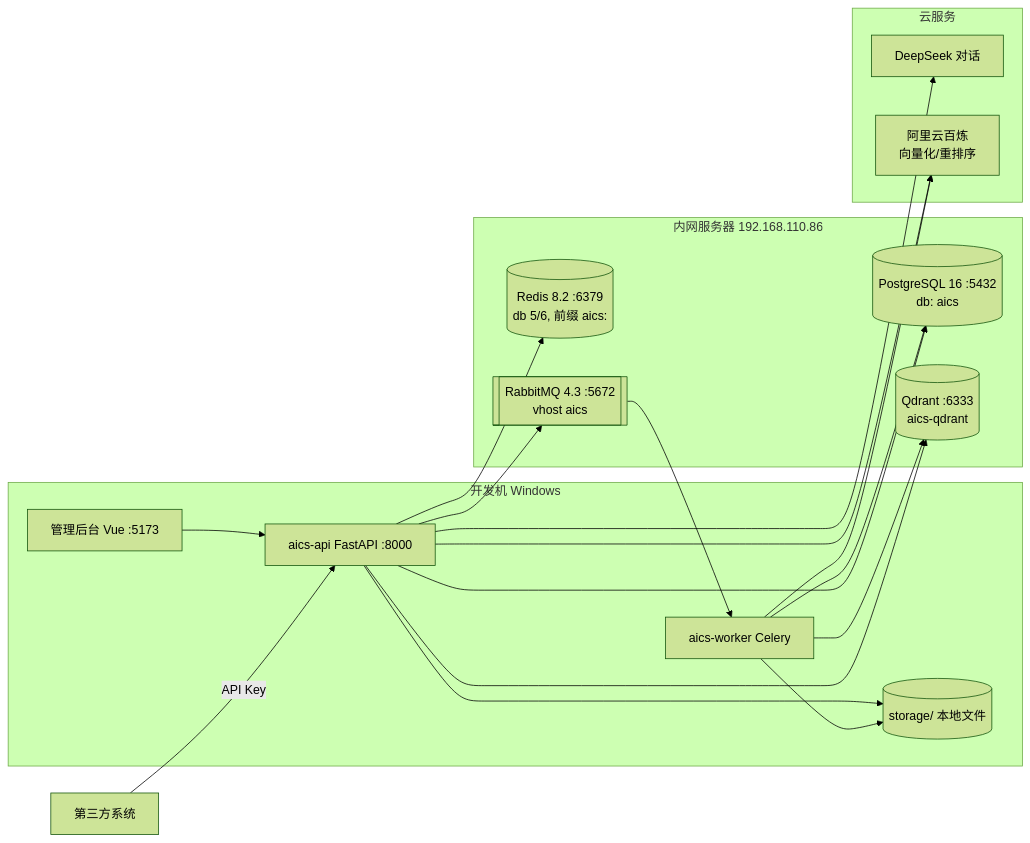
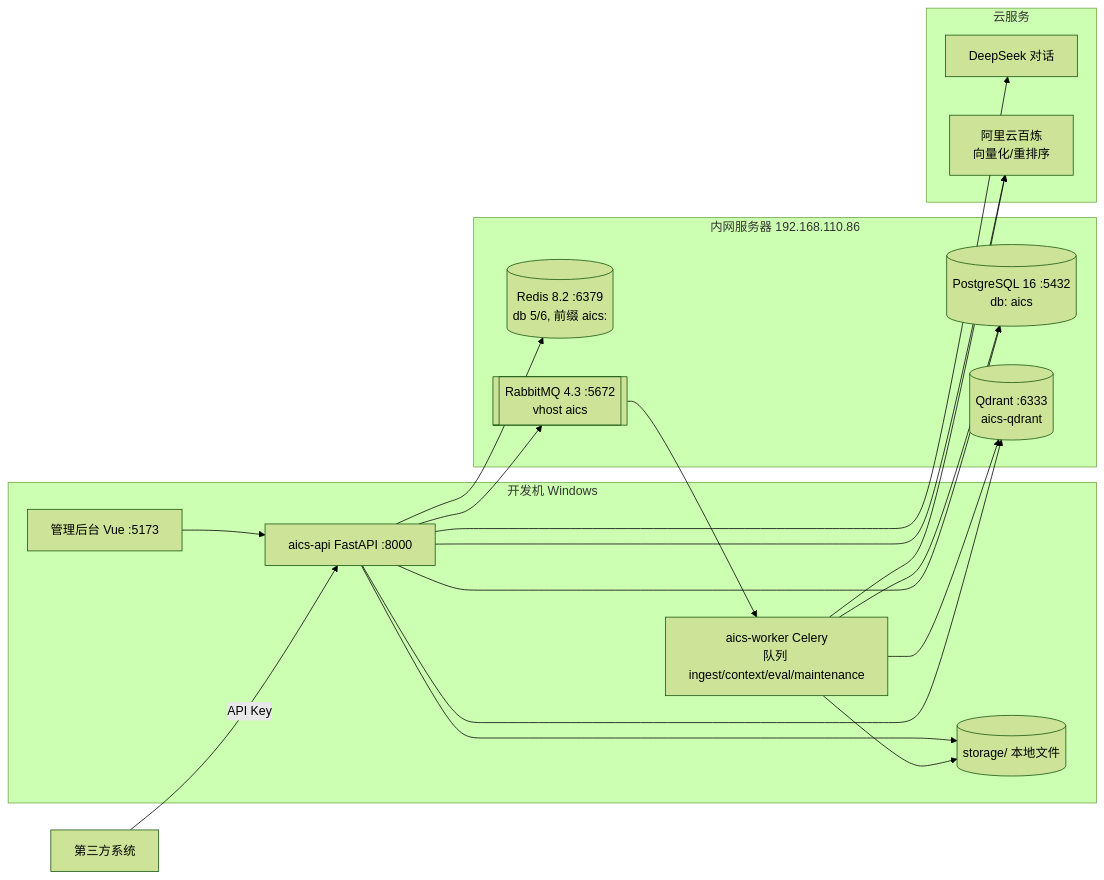
The diagram in docs/02-architecture/01-系统架构.md (YKkksss/AIIntelligentCustomerService), drawn with Mermaid (forest theme) before and after one commit. The commit also changed other lines of this file and 41 other files, not shown here.

````diff
--- a/docs/02-architecture/01-系统架构.md
+++ b/docs/02-architecture/01-系统架构.md
@@ -4,25 +4,25 @@
 ```mermaid
 flowchart LR
   subgraph PC[开发机 Windows]
     WEB[管理后台 Vue :5173]
     API[aics-api FastAPI :8000]
-    WK[aics-worker Celery]
+    WK[aics-worker Celery<br/>队列 ingest/context/eval/maintenance]
     FS[(storage/ 本地文件)]
   end
   subgraph SRV[内网服务器 192.168.110.86]
     PG[(PostgreSQL 16 :5432<br/>db: aics)]
     RD[(Redis 8.2 :6379<br/>db 5/6, 前缀 aics:)]
     MQ[[RabbitMQ 4.3 :5672<br/>vhost aics]]
     QD[(Qdrant :6333<br/>aics-qdrant)]
   end
   subgraph CLOUD[云服务]
     DS[DeepSeek 对话]
     BL[阿里云百炼<br/>向量化/重排序]
   end
   EXT[第三方系统] -->|API Key| API
   WEB --> API
   API --> PG & RD & QD & MQ
   MQ --> WK
   WK --> PG & QD & FS & BL
   API --> DS & BL & FS
 ```
````
